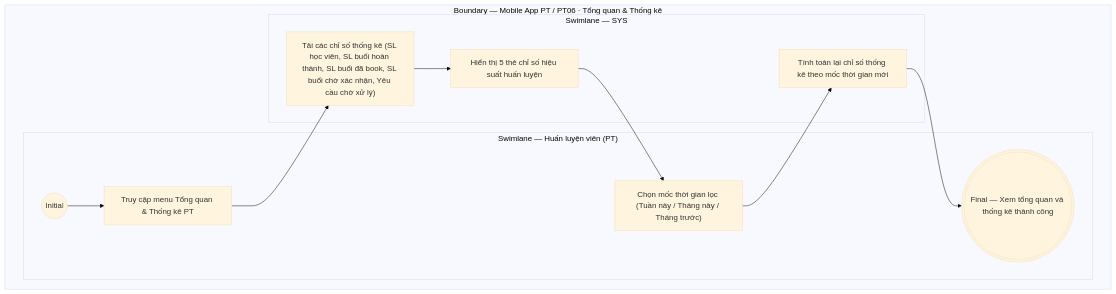
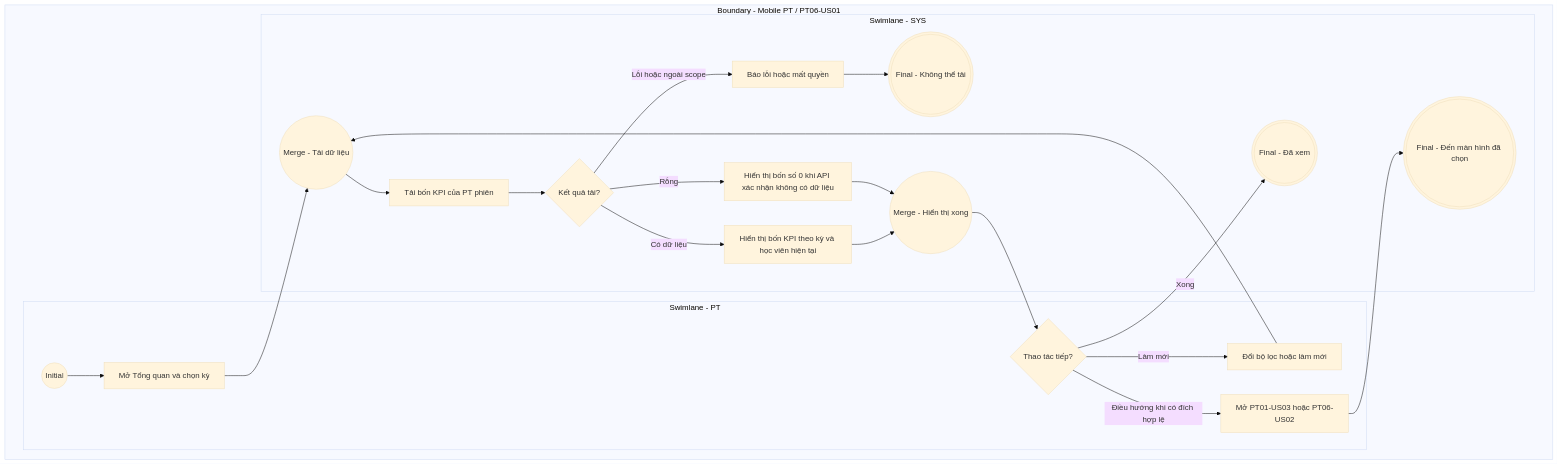
Before and after one commit to ThachY-23120411/Paradise-Gym-v2: the diagram in docs/user-stories/pt/PT06-Tổng quan/PT06-US01-Xem tổng quan và thống kê hiệu suất PT.md, drawn with Mermaid (base theme). The commit also changed other lines of this file and 2325 other files, not shown here.

````diff
--- a/docs/user-stories/pt/PT06-Tổng quan/PT06-US01-Xem tổng quan và thống kê hiệu suất PT.md
+++ b/docs/user-stories/pt/PT06-Tổng quan/PT06-US01-Xem tổng quan và thống kê hiệu suất PT.md
@@ -51,24 +61,40 @@
 ```mermaid
 flowchart TB
-  subgraph B["Boundary — Mobile App PT / PT06 · Tổng quan & Thống kê"]
-    subgraph L0["Swimlane — Huấn luyện viên (PT)"]
-      I01(("Initial"))
-      A01["Truy cập menu Tổng quan & Thống kê PT"]
-      A02["Chọn mốc thời gian lọc (Tuần này / Tháng này / Tháng trước)"]
-      F01((("Final — Xem tổng quan và thống kê thành công")))
+  subgraph B["Boundary - Mobile PT / PT06-US01"]
+    subgraph L0["Swimlane - PT"]
+      I(("Initial"))
+      A["Mở Tổng quan và chọn kỳ"]
+      D2{"Thao tác tiếp?"}
+      C["Đổi bộ lọc hoặc làm mới"]
+      N["Mở PT01-US03 hoặc PT06-US02"]
     end
-
-    subgraph L1["Swimlane — SYS"]
-      S01["Tải các chỉ số thống kê (SL học viên, SL buổi hoàn thành, SL buổi đã book, SL buổi chờ xác nhận, Yêu cầu chờ xử lý)"]
-      S02["Hiển thị 5 thẻ chỉ số hiệu suất huấn luyện"]
-      S03["Tính toán lại chỉ số thống kê theo mốc thời gian mới"]
-
-      I01 --> A01
-      A01 --> S01
-      S01 --> S02
-      S02 --> A02
-      A02 --> S03
-      S03 --> F01
+    subgraph L1["Swimlane - SYS"]
+      M(("Merge - Tải dữ liệu"))
+      S["Tải bốn KPI của PT phiên"]
+      D{"Kết quả tải?"}
+      E["Báo lỗi hoặc mất quyền"]
+      FE((("Final - Không thể tải")))
+      EMP["Hiển thị bốn số 0 khi API xác nhận không có dữ liệu"]
+      V["Hiển thị bốn KPI theo kỳ và học viên hiện tại"]
+      MV(("Merge - Hiển thị xong"))
+      F((("Final - Đã xem")))
+      FN((("Final - Đến màn hình đã chọn")))
     end
+    I --> A
+    A --> M
+    C --> M
+    M --> S
+    S --> D
+    D -->|Lỗi hoặc ngoài scope| E
+    E --> FE
+    D -->|Rỗng| EMP
+    D -->|Có dữ liệu| V
+    EMP --> MV
+    V --> MV
+    MV --> D2
+    D2 -->|Làm mới| C
+    D2 -->|Điều hướng khi có đích hợp lệ| N
+    N --> FN
+    D2 -->|Xong| F
   end
 ```
````
